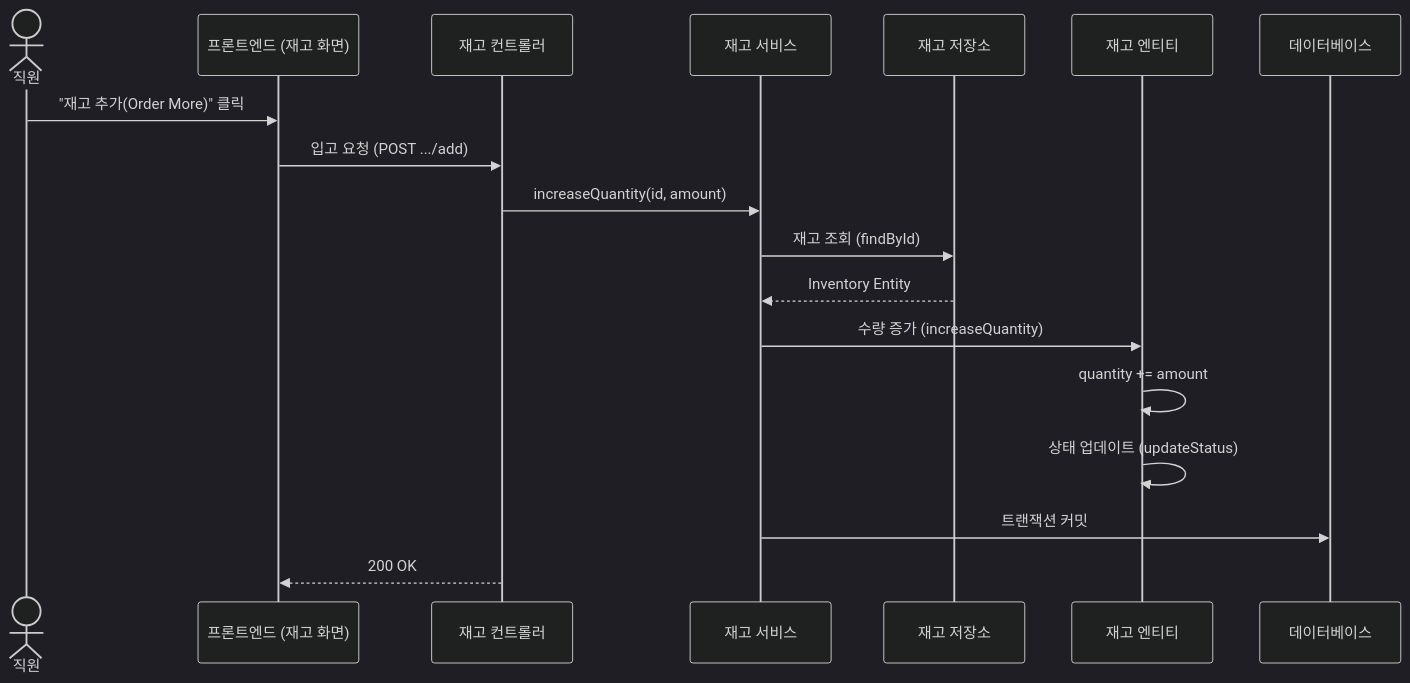
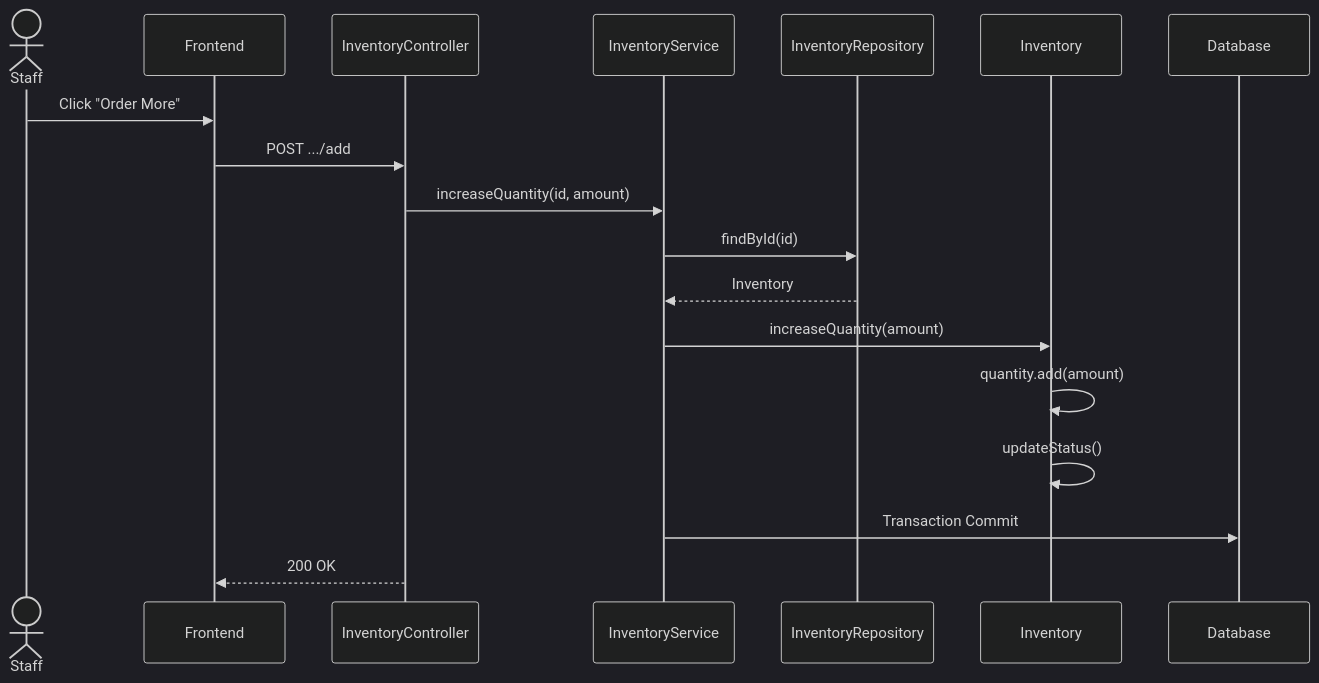
One commit to bobbobbob1010/SoftwareEngineering changed the eighth of 8 diagrams in docs/시퀀스_다이어그램.md. Above: the diagram before and after it, drawn with Mermaid (dark theme). The commit also changed other lines of this file, not shown here.

````diff
--- a/docs/시퀀스_다이어그램.md
+++ b/docs/시퀀스_다이어그램.md
@@ -204,21 +204,21 @@
 ```mermaid
 sequenceDiagram
-    actor Staff as 직원
-    participant Frontend as 프론트엔드 (재고 화면)
-    participant InventoryController as 재고 컨트롤러
-    participant InventoryService as 재고 서비스
-    participant InventoryRepository as 재고 저장소
-    participant InventoryEntity as 재고 엔티티
-    participant Database as 데이터베이스
+    actor Staff
+    participant Frontend
+    participant InventoryController
+    participant InventoryService
+    participant InventoryRepository
+    participant Inventory
+    participant Database
 
-    Staff->>Frontend: "재고 추가(Order More)" 클릭
-    Frontend->>InventoryController: 입고 요청 (POST .../add)
+    Staff->>Frontend: Click "Order More"
+    Frontend->>InventoryController: POST .../add
     InventoryController->>InventoryService: increaseQuantity(id, amount)
-    InventoryService->>InventoryRepository: 재고 조회 (findById)
-    InventoryRepository-->>InventoryService: Inventory Entity
-    InventoryService->>InventoryEntity: 수량 증가 (increaseQuantity)
-    InventoryEntity->>InventoryEntity: quantity += amount
-    InventoryEntity->>InventoryEntity: 상태 업데이트 (updateStatus)
-    InventoryService->>Database: 트랜잭션 커밋
+    InventoryService->>InventoryRepository: findById(id)
+    InventoryRepository-->>InventoryService: Inventory
+    InventoryService->>Inventory: increaseQuantity(amount)
+    Inventory->>Inventory: quantity.add(amount)
+    Inventory->>Inventory: updateStatus()
+    InventoryService->>Database: Transaction Commit
     InventoryController-->>Frontend: 200 OK
 ```
````
